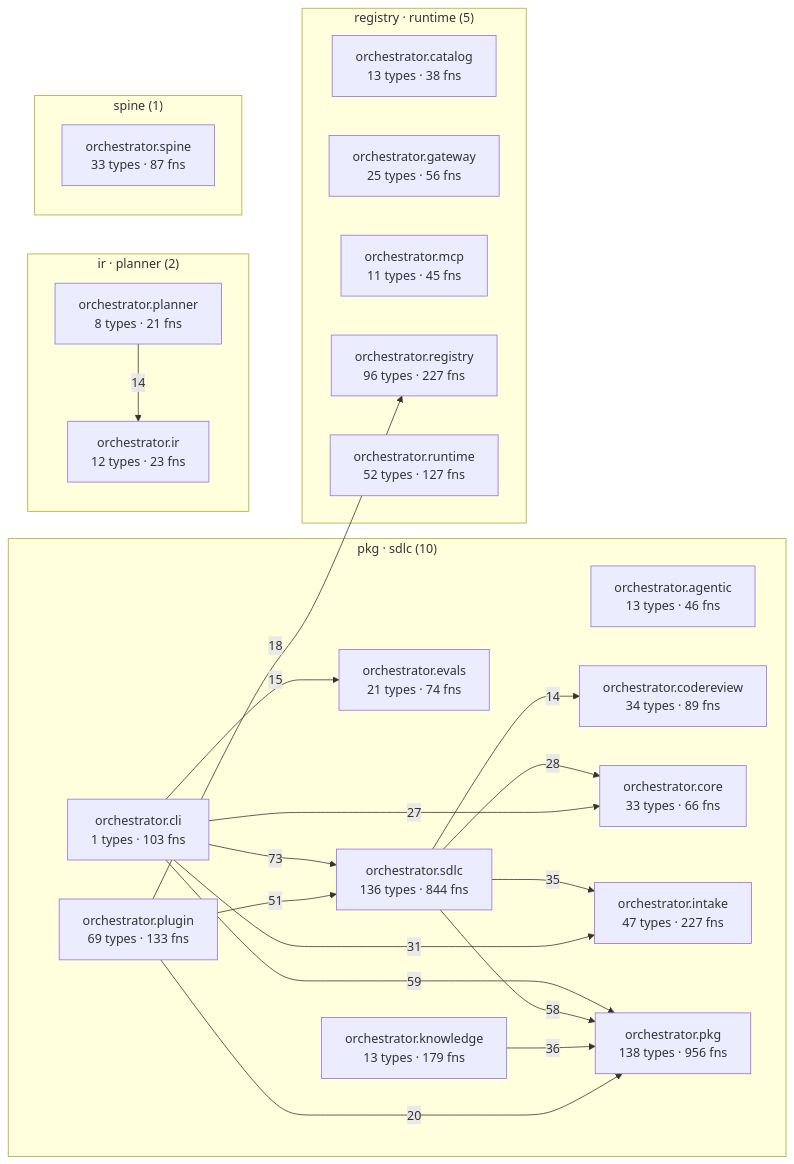
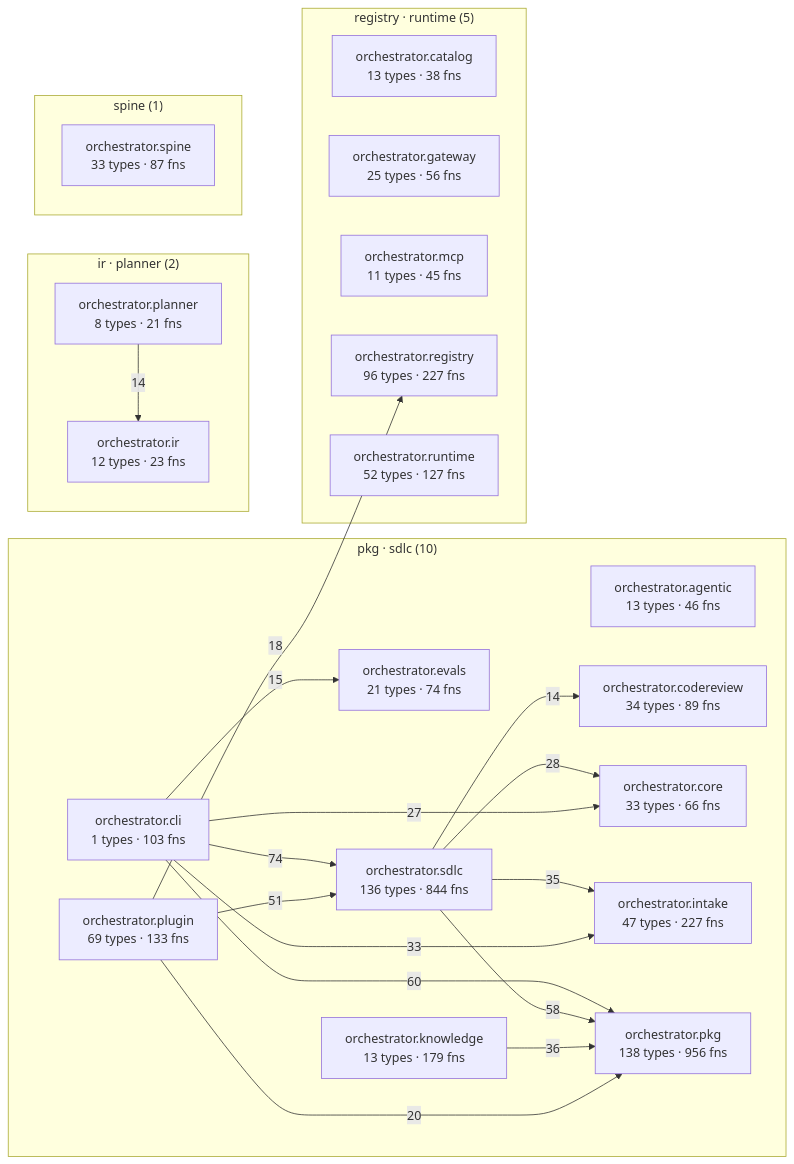
The diagram in episteme/architecture.md (palakupadhyay23/spine), drawn with Mermaid before and after one commit. The commit also changed other lines of this file and 5 other files, not shown here.

````diff
--- a/episteme/architecture.md
+++ b/episteme/architecture.md
@@ -54,43 +54,43 @@
 ```mermaid
 flowchart LR
   subgraph c_2["pkg · sdlc (10)"]
     aorchestratoragentic["orchestrator.agentic<br/>13 types · 46 fns"]
     aorchestratorcli["orchestrator.cli<br/>1 types · 103 fns"]
     aorchestratorcodereview["orchestrator.codereview<br/>34 types · 89 fns"]
     aorchestratorcore["orchestrator.core<br/>33 types · 66 fns"]
     aorchestratorevals["orchestrator.evals<br/>21 types · 74 fns"]
     aorchestratorintake["orchestrator.intake<br/>47 types · 227 fns"]
     aorchestratorknowledge["orchestrator.knowledge<br/>13 types · 179 fns"]
     aorchestratorpkg["orchestrator.pkg<br/>138 types · 956 fns"]
     aorchestratorplugin["orchestrator.plugin<br/>69 types · 133 fns"]
     aorchestratorsdlc["orchestrator.sdlc<br/>136 types · 844 fns"]
   end
   subgraph c_4["registry · runtime (5)"]
     aorchestratorcatalog["orchestrator.catalog<br/>13 types · 38 fns"]
     aorchestratorgateway["orchestrator.gateway<br/>25 types · 56 fns"]
     aorchestratormcp["orchestrator.mcp<br/>11 types · 45 fns"]
     aorchestratorregistry["orchestrator.registry<br/>96 types · 227 fns"]
     aorchestratorruntime["orchestrator.runtime<br/>52 types · 127 fns"]
   end
   subgraph c_7["ir · planner (2)"]
     aorchestratorir["orchestrator.ir<br/>12 types · 23 fns"]
     aorchestratorplanner["orchestrator.planner<br/>8 types · 21 fns"]
   end
   subgraph c_12["spine (1)"]
     aorchestratorspine["orchestrator.spine<br/>33 types · 87 fns"]
   end
-  aorchestratorcli -->|73| aorchestratorsdlc
-  aorchestratorcli -->|59| aorchestratorpkg
+  aorchestratorcli -->|74| aorchestratorsdlc
+  aorchestratorcli -->|60| aorchestratorpkg
   aorchestratorsdlc -->|58| aorchestratorpkg
   aorchestratorplugin -->|51| aorchestratorsdlc
   aorchestratorknowledge -->|36| aorchestratorpkg
   aorchestratorsdlc -->|35| aorchestratorintake
-  aorchestratorcli -->|31| aorchestratorintake
+  aorchestratorcli -->|33| aorchestratorintake
   aorchestratorsdlc -->|28| aorchestratorcore
   aorchestratorcli -->|27| aorchestratorcore
   aorchestratorplugin -->|20| aorchestratorpkg
   aorchestratorplugin -->|18| aorchestratorregistry
   aorchestratorcli -->|15| aorchestratorevals
   aorchestratorplanner -->|14| aorchestratorir
   aorchestratorsdlc -->|14| aorchestratorcodereview
 ```
````
